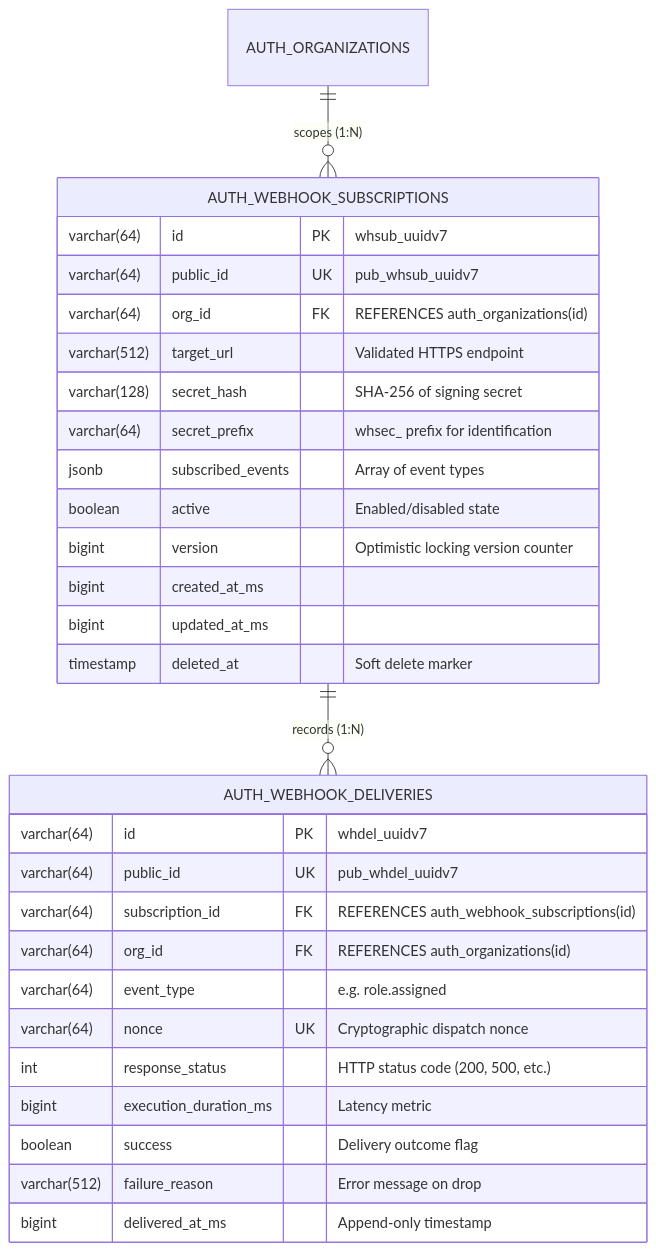
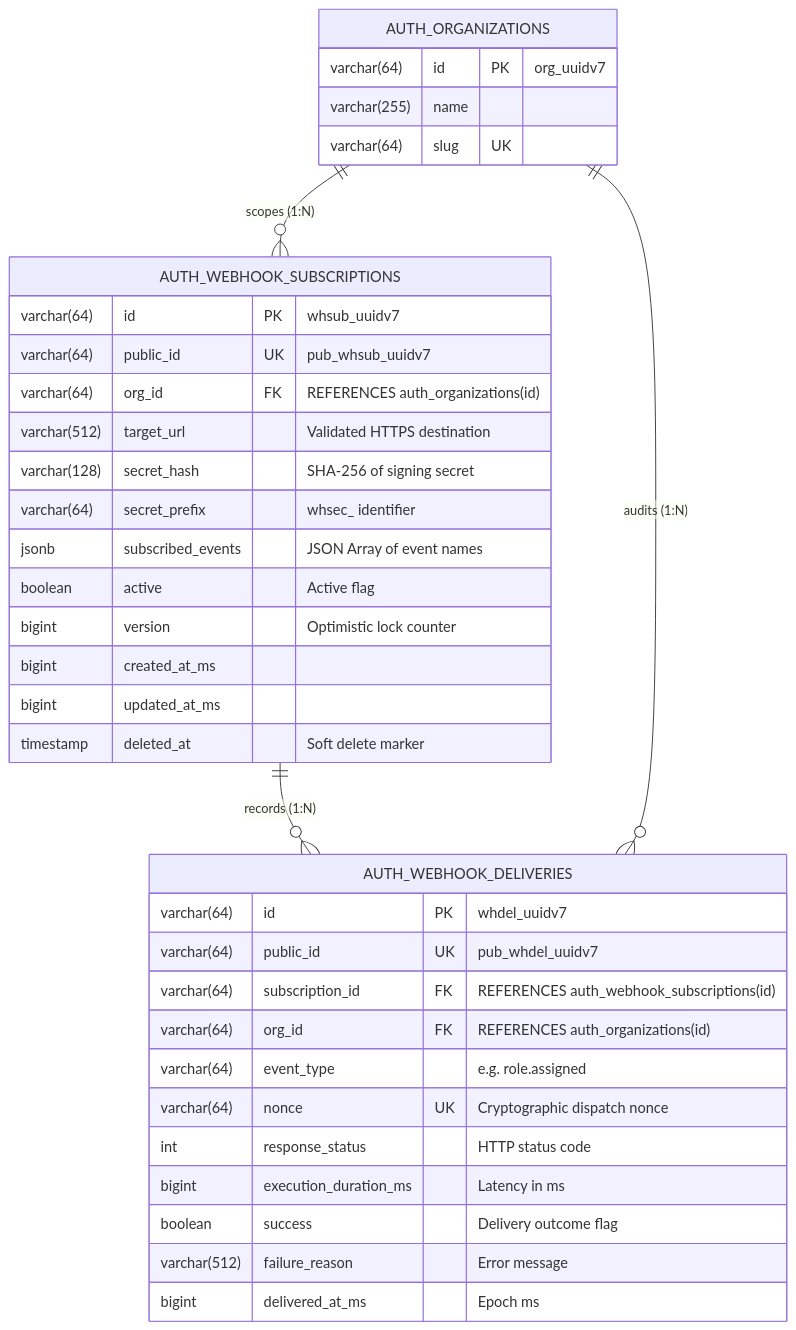
Before and after one commit to Scaibu/auth: the third of 8 diagrams in adr/0033-webhook-cryptographic-signatures-and-anti-replay-nonces.md, drawn with Mermaid. The commit also changed other lines of this file and 12 other files, not shown here.

````diff
--- a/adr/0033-webhook-cryptographic-signatures-and-anti-replay-nonces.md
+++ b/adr/0033-webhook-cryptographic-signatures-and-anti-replay-nonces.md
@@ -50,34 +218,41 @@
 ```mermaid
 erDiagram
     AUTH_ORGANIZATIONS ||--o{ AUTH_WEBHOOK_SUBSCRIPTIONS : "scopes (1:N)"
     AUTH_WEBHOOK_SUBSCRIPTIONS ||--o{ AUTH_WEBHOOK_DELIVERIES : "records (1:N)"
+    AUTH_ORGANIZATIONS ||--o{ AUTH_WEBHOOK_DELIVERIES : "audits (1:N)"
+
+    AUTH_ORGANIZATIONS {
+        varchar(64) id PK "org_uuidv7"
+        varchar(255) name
+        varchar(64) slug UK
+    }
 
     AUTH_WEBHOOK_SUBSCRIPTIONS {
         varchar(64) id PK "whsub_uuidv7"
         varchar(64) public_id UK "pub_whsub_uuidv7"
         varchar(64) org_id FK "REFERENCES auth_organizations(id)"
-        varchar(512) target_url "Validated HTTPS endpoint"
+        varchar(512) target_url "Validated HTTPS destination"
         varchar(128) secret_hash "SHA-256 of signing secret"
-        varchar(64) secret_prefix "whsec_ prefix for identification"
-        jsonb subscribed_events "Array of event types"
-        boolean active "Enabled/disabled state"
-        bigint version "Optimistic locking version counter"
+        varchar(64) secret_prefix "whsec_ identifier"
+        jsonb subscribed_events "JSON Array of event names"
+        boolean active "Active flag"
+        bigint version "Optimistic lock counter"
         bigint created_at_ms
         bigint updated_at_ms
         timestamp deleted_at "Soft delete marker"
     }
 
     AUTH_WEBHOOK_DELIVERIES {
         varchar(64) id PK "whdel_uuidv7"
         varchar(64) public_id UK "pub_whdel_uuidv7"
         varchar(64) subscription_id FK "REFERENCES auth_webhook_subscriptions(id)"
         varchar(64) org_id FK "REFERENCES auth_organizations(id)"
         varchar(64) event_type "e.g. role.assigned"
         varchar(64) nonce UK "Cryptographic dispatch nonce"
-        int response_status "HTTP status code (200, 500, etc.)"
-        bigint execution_duration_ms "Latency metric"
+        int response_status "HTTP status code"
+        bigint execution_duration_ms "Latency in ms"
         boolean success "Delivery outcome flag"
-        varchar(512) failure_reason "Error message on drop"
-        bigint delivered_at_ms "Append-only timestamp"
+        varchar(512) failure_reason "Error message"
+        bigint delivered_at_ms "Epoch ms"
     }
 ```
````
